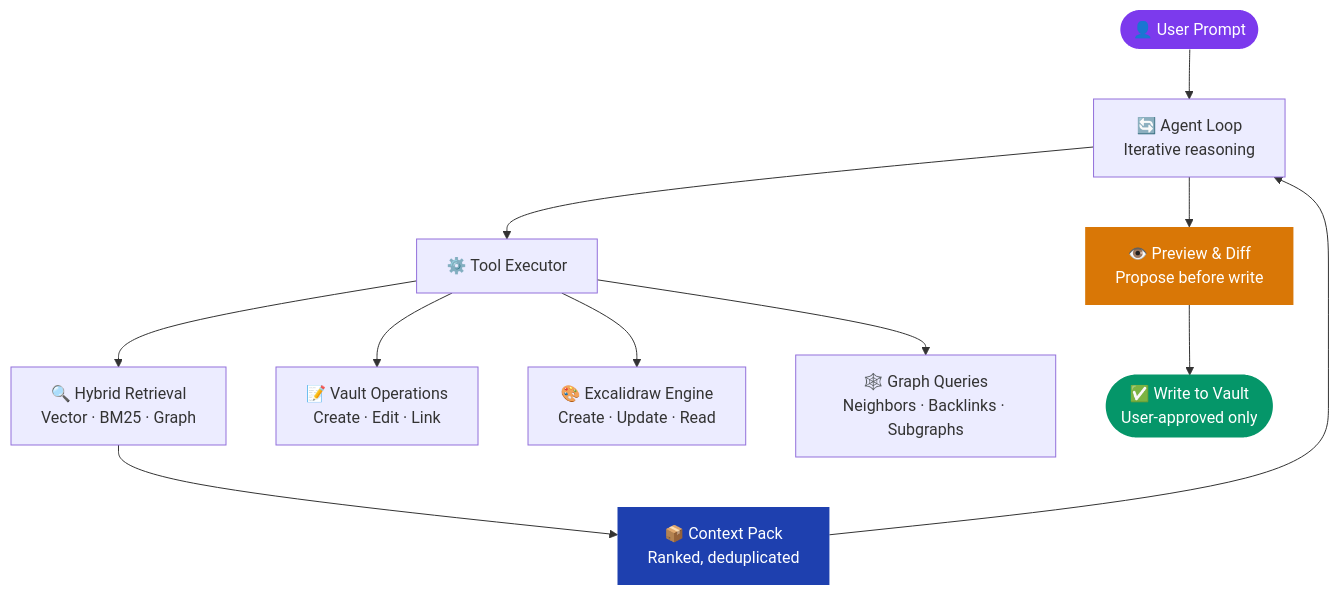
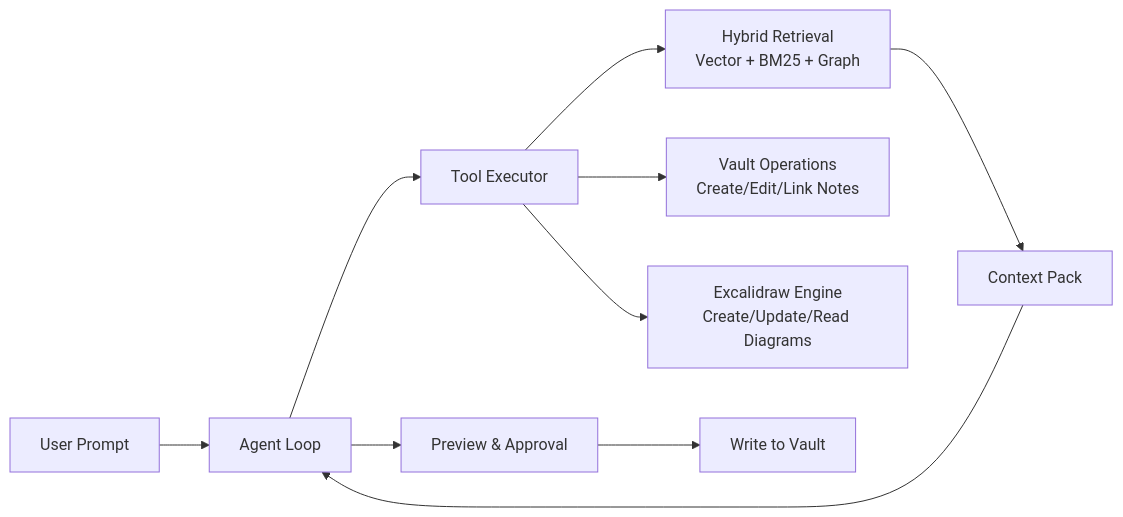
One commit to Tuguberk/Thought-Agent-Obsidian changed the diagram in README.md. Above: the diagram before and after it, drawn with Mermaid. The commit also changed other lines of this file and 3 other files, not shown here.

````diff
--- a/README.md
+++ b/README.md
@@ -126,22 +14,12 @@
 ```mermaid
-flowchart TD
-    U(["👤 User Prompt"]) --> AL["🔄 Agent Loop\nIterative reasoning"]
-
-    AL --> TE["⚙️ Tool Executor"]
-
-    TE --> R["🔍 Hybrid Retrieval\nVector · BM25 · Graph"]
-    TE --> V["📝 Vault Operations\nCreate · Edit · Link"]
-    TE --> D["🎨 Excalidraw Engine\nCreate · Update · Read"]
-    TE --> G["🕸️ Graph Queries\nNeighbors · Backlinks · Subgraphs"]
-
-    R --> CP["📦 Context Pack\nRanked, deduplicated"]
-    CP --> AL
-
-    AL --> PR["👁️ Preview & Diff\nPropose before write"]
-    PR --> W(["✅ Write to Vault\nUser-approved only"])
-
-    style U fill:#7c3aed,color:#fff,stroke:none
-    style W fill:#059669,color:#fff,stroke:none
-    style PR fill:#d97706,color:#fff,stroke:none
-    style CP fill:#1e40af,color:#fff,stroke:none
+flowchart LR
+	U[User Prompt] --> A[Agent Loop]
+	A --> T[Tool Executor]
+	T --> R[Hybrid Retrieval\nVector + BM25 + Graph]
+	T --> V[Vault Operations\nCreate/Edit/Link Notes]
+	T --> D[Excalidraw Engine\nCreate/Update/Read Diagrams]
+	R --> C[Context Pack]
+	C --> A
+	A --> P[Preview & Approval]
+	P --> W[Write to Vault]
 ```
````
